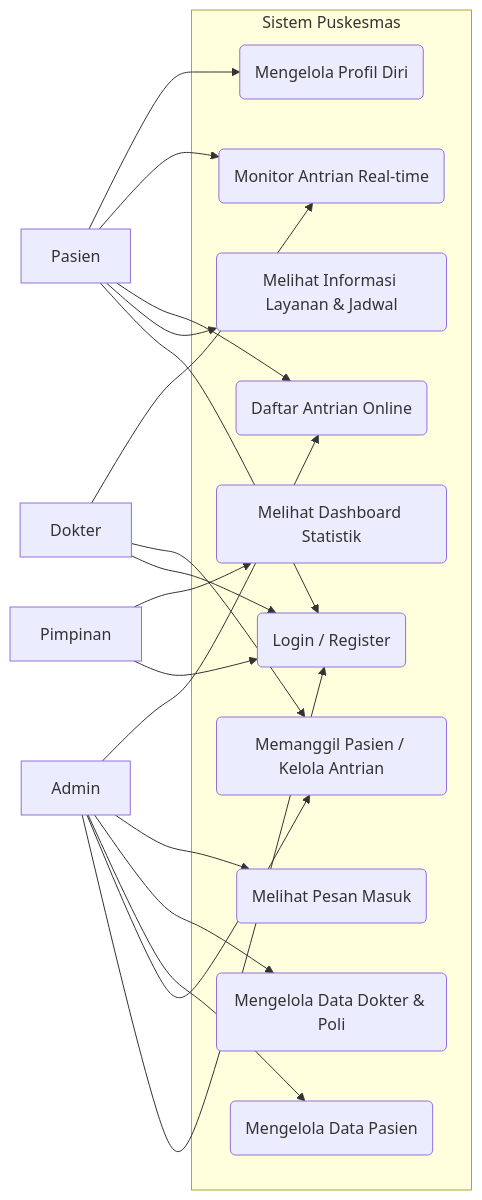
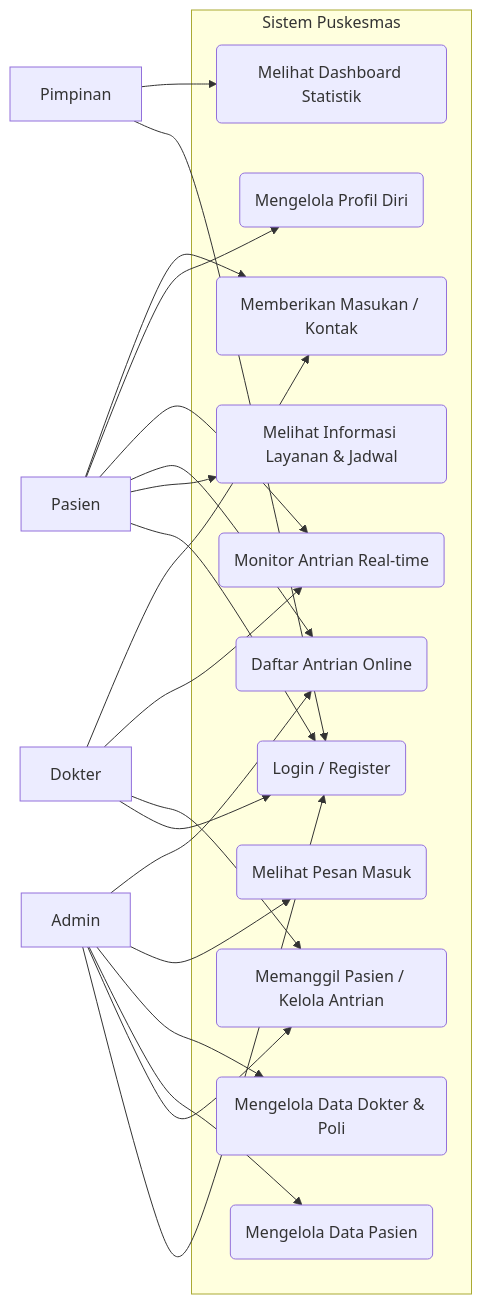
The first of 5 diagrams in system_design.md (iqsanazhr/Puskesmas-Pendaftaran-dan-antrian), drawn with Mermaid before and after one commit. The commit also changed other lines of this file and 5 other files, not shown here.

````diff
--- a/system_design.md
+++ b/system_design.md
@@ -11,40 +15,43 @@
 ```mermaid
 graph LR
     P[Pasien]
     D[Dokter]
     A[Admin]
     L[Pimpinan]
 
     subgraph "Sistem Puskesmas"
         UC1(Login / Register)
         UC2(Melihat Informasi Layanan & Jadwal)
         UC3(Daftar Antrian Online)
         UC4(Monitor Antrian Real-time)
         UC5(Mengelola Profil Diri)
         UC6(Memanggil Pasien / Kelola Antrian)
         UC7(Mengelola Data Pasien)
         UC8(Mengelola Data Dokter & Poli)
         UC9(Melihat Pesan Masuk)
         UC10(Melihat Dashboard Statistik)
+        UC11(Memberikan Masukan / Kontak)
     end
 
     P --> UC1
     P --> UC2
     P --> UC3
     P --> UC4
     P --> UC5
+    P --> UC11
 
     D --> UC1
     D --> UC6
     D --> UC4
+    D --> UC11
 
     A --> UC1
     A --> UC6
     A --> UC7
     A --> UC8
     A --> UC9
     A --> UC3
 
     L --> UC1
     L --> UC10
 ```
````
